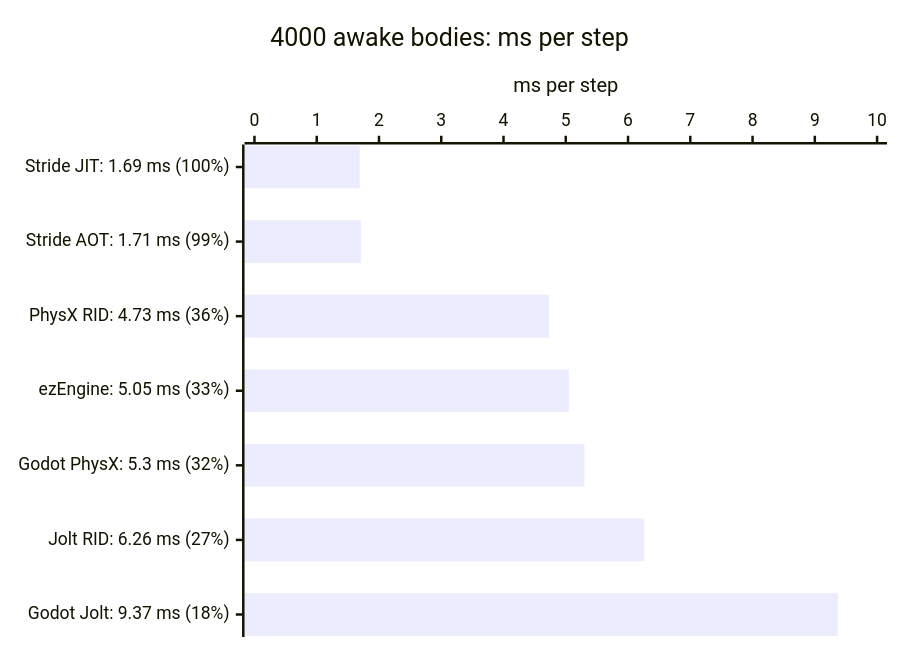
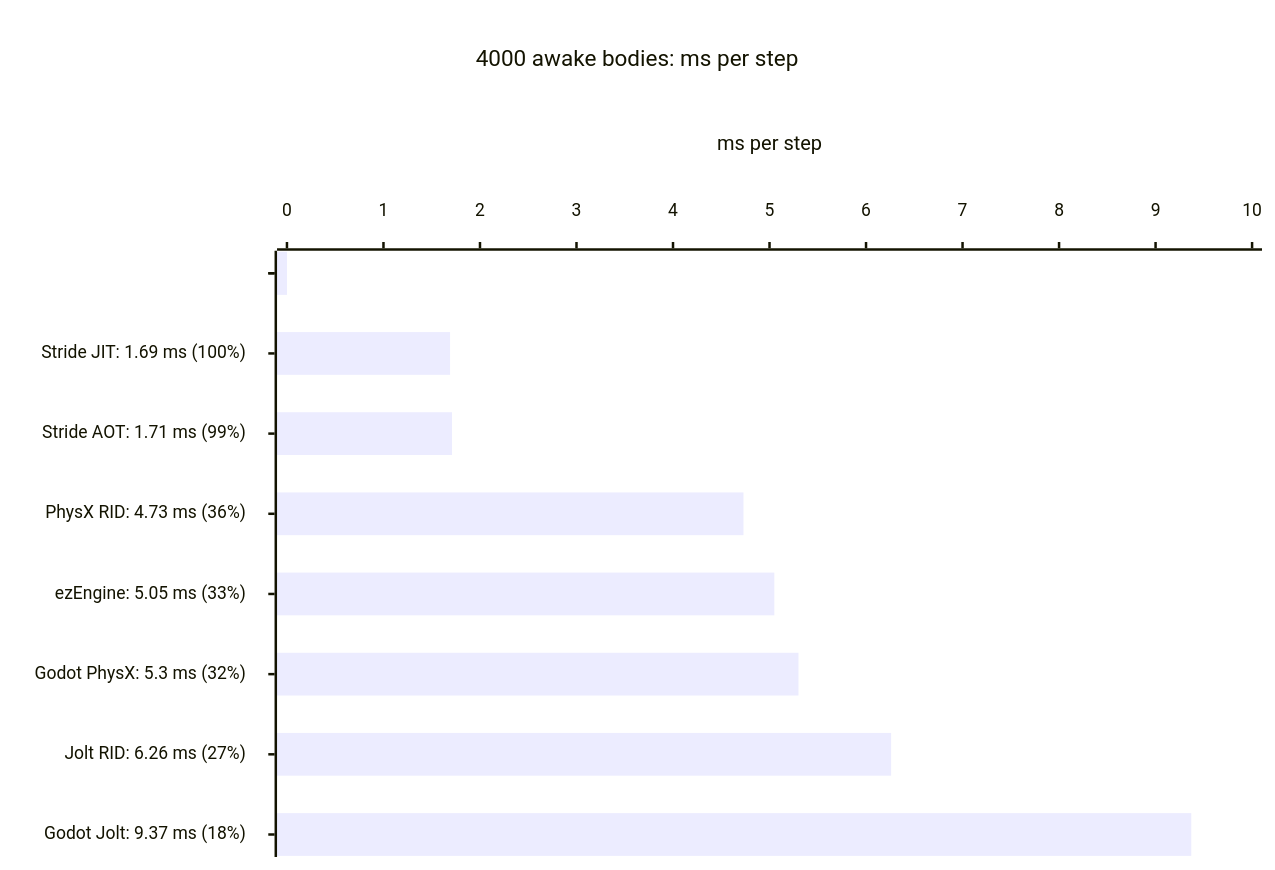
Before and after one commit to CreatoramaStudio/QuestMark: the third of 6 diagrams in README.md, drawn with Mermaid. The commit also changed other lines of this file and 1 other file, not shown here.

Commit message:
README charts: padding config and spacer rows above and below the bars

````diff
--- a/README.md
+++ b/README.md
@@ -67,7 +101,24 @@
 ```mermaid
+---
+config:
+  xyChart:
+    width: 1000
+    height: 676
+    titlePadding: 28
+    titleFontSize: 18
+    plotReservedSpacePercent: 60
+    xAxis:
+      labelFontSize: 14
+      labelPadding: 18
+      titlePadding: 18
+    yAxis:
+      labelFontSize: 14
+      labelPadding: 18
+      titlePadding: 18
+---
 xychart-beta horizontal
     title "4000 awake bodies: ms per step"
-    x-axis ["Stride JIT: 1.69 ms (100%)", "Stride AOT: 1.71 ms (99%)", "PhysX RID: 4.73 ms (36%)", "ezEngine: 5.05 ms (33%)", "Godot PhysX: 5.3 ms (32%)", "Jolt RID: 6.26 ms (27%)", "Godot Jolt: 9.37 ms (18%)"]
+    x-axis [" ", "Stride JIT: 1.69 ms (100%)", "Stride AOT: 1.71 ms (99%)", "PhysX RID: 4.73 ms (36%)", "ezEngine: 5.05 ms (33%)", "Godot PhysX: 5.3 ms (32%)", "Jolt RID: 6.26 ms (27%)", "Godot Jolt: 9.37 ms (18%)", "  "]
     y-axis "ms per step" 0 --> 10
-    bar [1.69, 1.71, 4.73, 5.05, 5.3, 6.26, 9.37]
+    bar [0, 1.69, 1.71, 4.73, 5.05, 5.3, 6.26, 9.37, 0]
 ```
````
